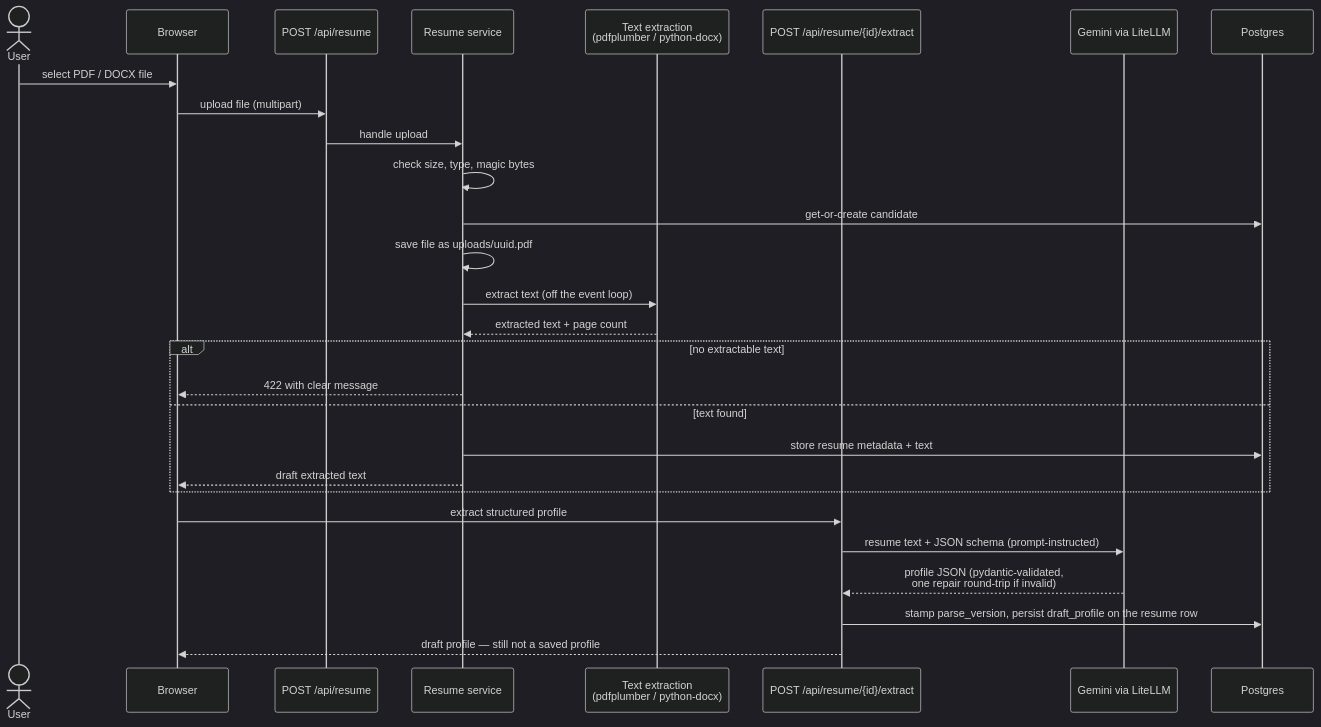
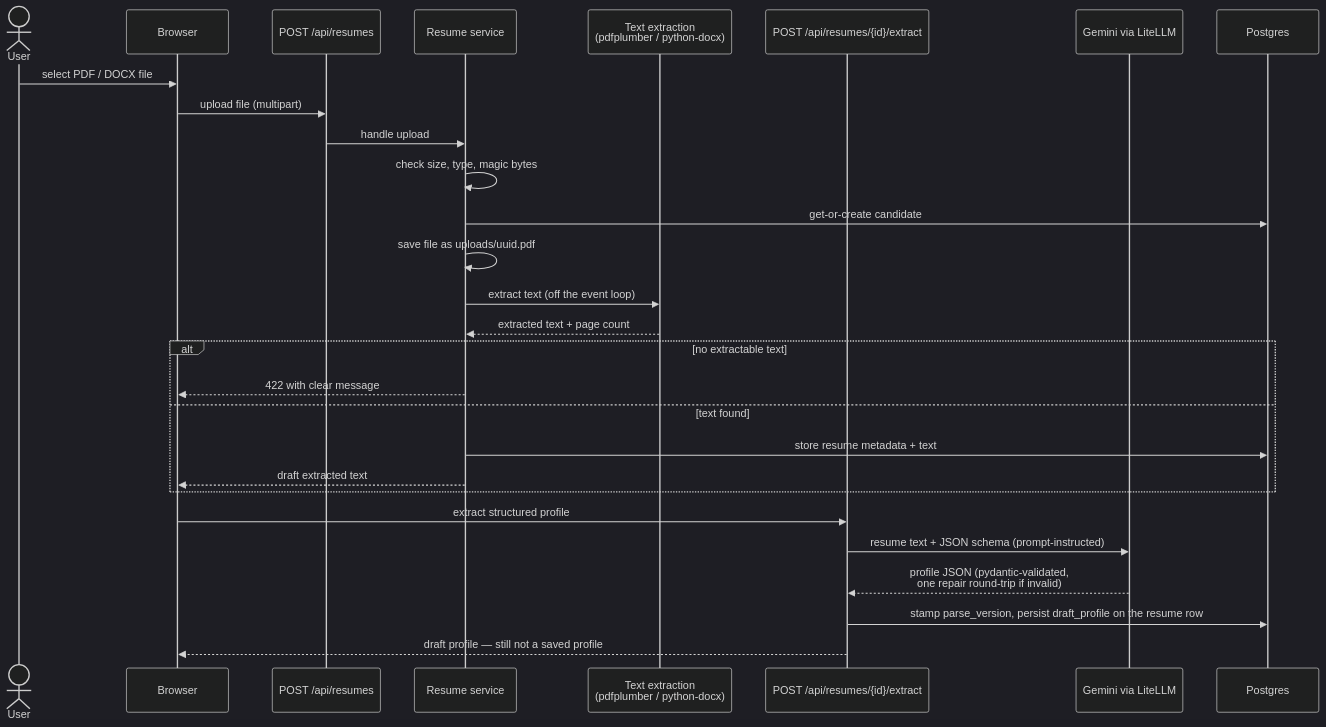
The second of 2 diagrams in docs/guide/02-upload-and-profile.md (MSVhora/ai_job_assistant), drawn with Mermaid (dark theme) before and after one commit. The commit also changed other lines of this file and 8 other files, not shown here.

Commit message:
Document multi-profile flow and plural API paths across guides

````diff
--- a/docs/guide/02-upload-and-profile.md
+++ b/docs/guide/02-upload-and-profile.md
@@ -44,31 +51,31 @@
 ```mermaid
 sequenceDiagram
     actor U as User
     participant B as Browser
-    participant R as POST /api/resume
+    participant R as POST /api/resumes
     participant S as Resume service
     participant X as Text extraction<br/>(pdfplumber / python-docx)
-    participant E as POST /api/resume/{id}/extract
+    participant E as POST /api/resumes/{id}/extract
     participant L as Gemini via LiteLLM
     participant D as Postgres
 
     U->>B: select PDF / DOCX file
     B->>R: upload file (multipart)
     R->>S: handle upload
     S->>S: check size, type, magic bytes
     S->>D: get-or-create candidate
     S->>S: save file as uploads/uuid.pdf
     S->>X: extract text (off the event loop)
     X-->>S: extracted text + page count
     alt no extractable text
         S-->>B: 422 with clear message
     else text found
         S->>D: store resume metadata + text
         S-->>B: draft extracted text
     end
     B->>E: extract structured profile
     E->>L: resume text + JSON schema (prompt-instructed)
     L-->>E: profile JSON (pydantic-validated,<br/>one repair round-trip if invalid)
     E->>D: stamp parse_version, persist draft_profile on the resume row
     E-->>B: draft profile — still not a saved profile
 ```
````
